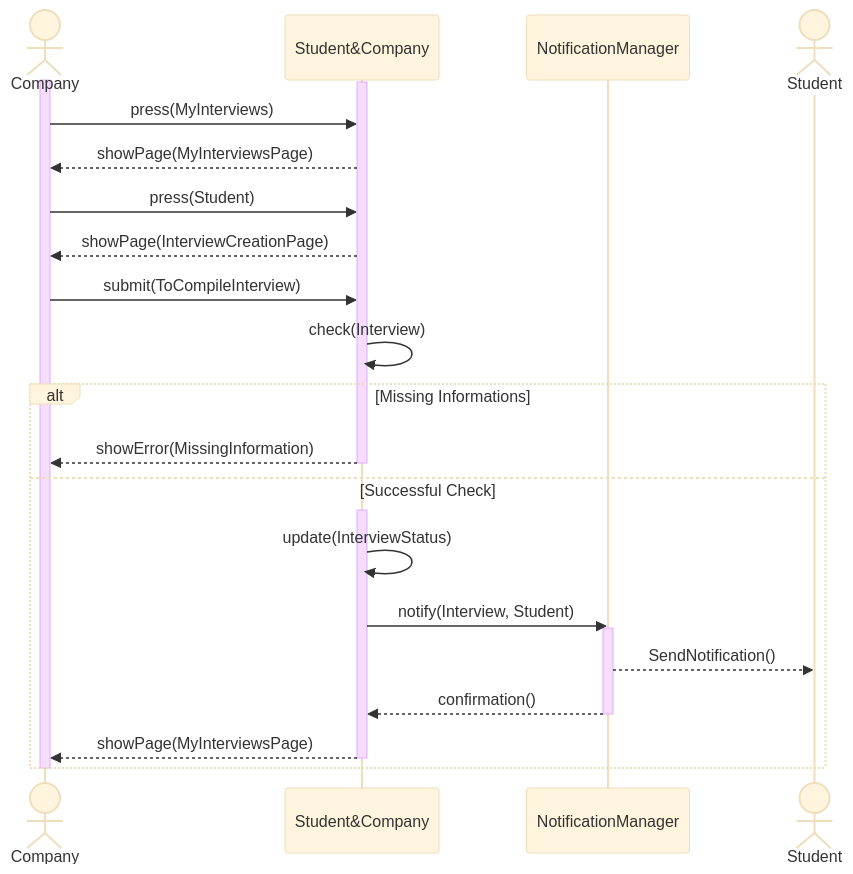
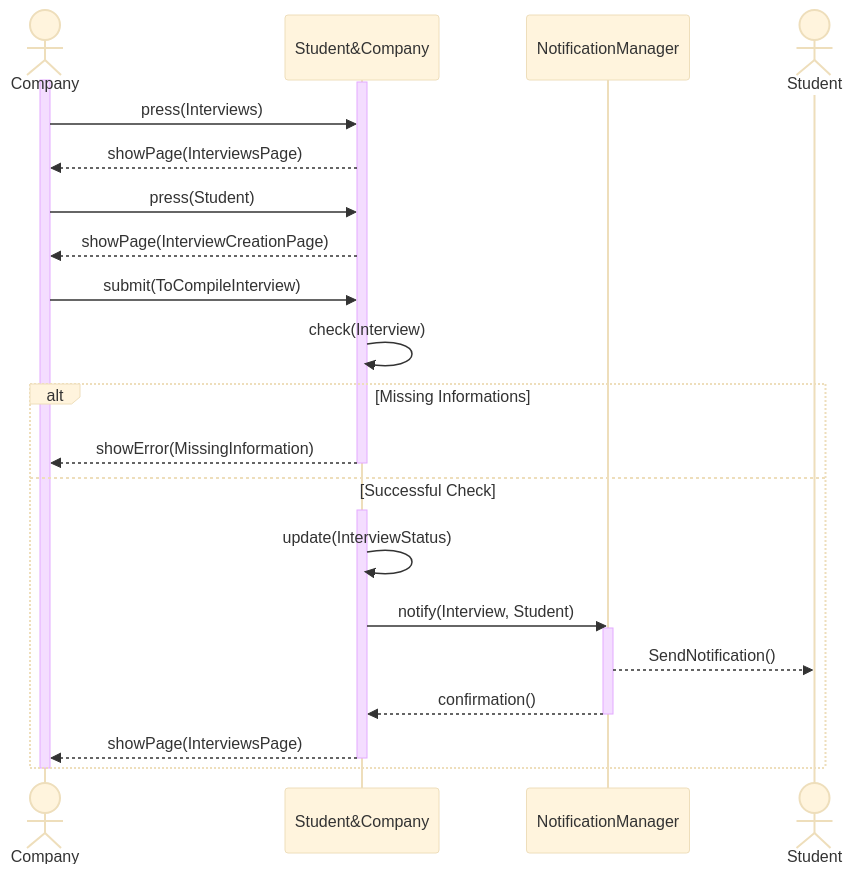
Before and after one commit to Slaitroc/RicciPaoliGrisoni: the tenth of 14 diagrams in Diagrams/SequenceDiagrams/SequenceDiagrams.md, drawn with Mermaid (base theme). The commit also changed other lines of this file and 3 other files, not shown here.

Commit message:
sequences refactor (MyRecommendation to RecommendationOffers)

````diff
--- a/Diagrams/SequenceDiagrams/SequenceDiagrams.md
+++ b/Diagrams/SequenceDiagrams/SequenceDiagrams.md
@@ -316,30 +316,30 @@
 ```mermaid
 sequenceDiagram
     actor Company
     participant Student&Company
     participant NotificationManager
     actor Student
     activate Company
     activate Student&Company
-    Company ->> Student&Company: press(MyInterviews)
-    Student&Company -->> Company: showPage(MyInterviewsPage)
+    Company ->> Student&Company: press(Interviews)
+    Student&Company -->> Company: showPage(InterviewsPage)
     Company ->> Student&Company: press(Student)
     Student&Company -->> Company: showPage(InterviewCreationPage)
     Company ->> Student&Company: submit(ToCompileInterview)
     Student&Company ->> Student&Company: check(Interview)
     alt Missing Informations
         Student&Company -->> Company: showError(MissingInformation)
         deactivate Student&Company
     else Successful Check
         activate Student&Company
         Student&Company ->> Student&Company: update(InterviewStatus)
         Student&Company ->> NotificationManager: notify(Interview, Student)
         activate NotificationManager
         NotificationManager -->> Student: SendNotification()
         NotificationManager -->> Student&Company: confirmation()
         deactivate NotificationManager
-        Student&Company -->> Company: showPage(MyInterviewsPage)
+        Student&Company -->> Company: showPage(InterviewsPage)
         deactivate Student&Company
     end
     deactivate Company
 ```
````
